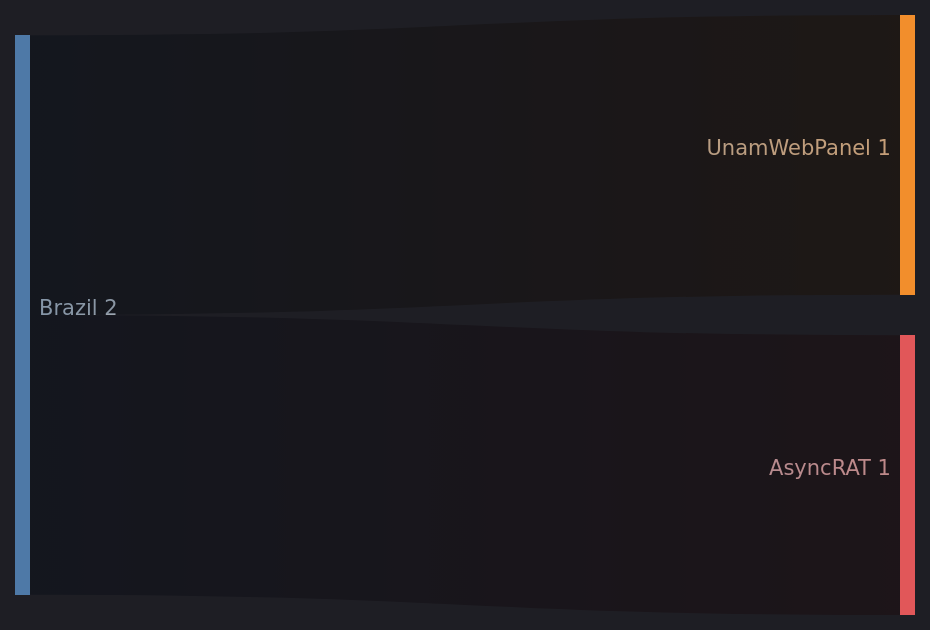
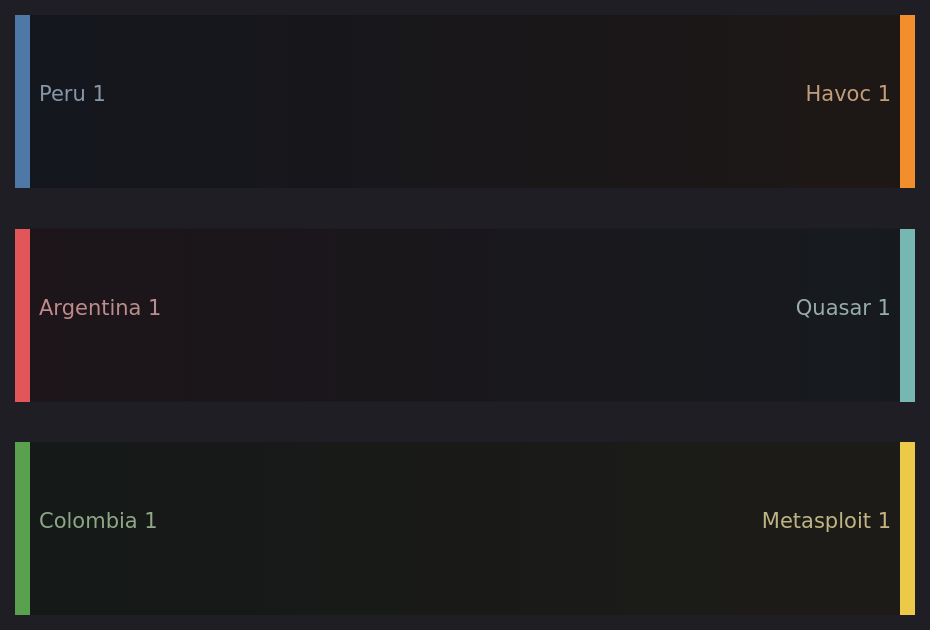
The seventh of 8 diagrams in zolim.md (ZoqueLabs/website), drawn with Mermaid before and after one commit. The commit also changed other lines of this file, not shown here.

````diff
--- a/zolim.md
+++ b/zolim.md
@@ -221,10 +222,11 @@
 ```mermaid
 ---
 config:
   theme: dark
 ---
 %% Δ Country → Threat (new edges)
 sankey-beta
-  Brazil,UnamWebPanel,1
-  Brazil,AsyncRAT,1
+  Peru,Havoc,1
+  Argentina,Quasar,1
+  Colombia,Metasploit,1
 ```
````
